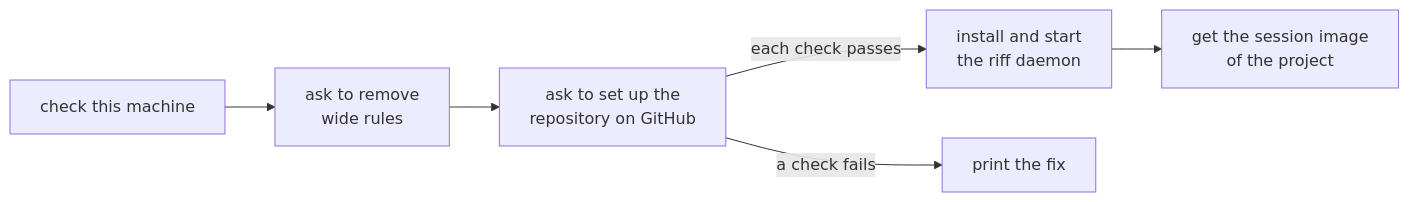
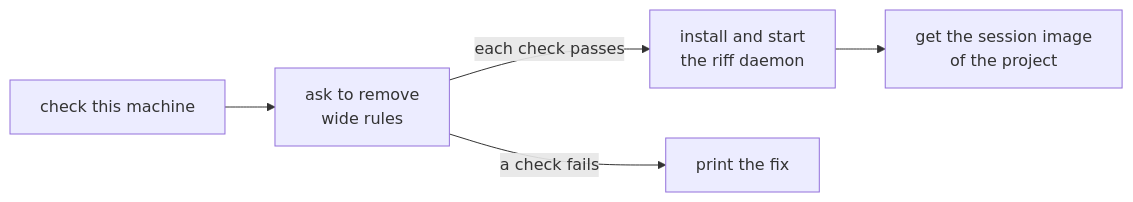
The second of 9 diagrams in docs/src/start-a-riff.md (como-technologies/riff), drawn with Mermaid before and after one commit. The commit also changed other lines of this file and 16 other files, not shown here.

````diff
--- a/docs/src/start-a-riff.md
+++ b/docs/src/start-a-riff.md
@@ -325,8 +344,7 @@
 ```mermaid
 flowchart LR
     C["check this machine"] --> R["ask to remove<br/>wide rules"]
-    R --> S["ask to set up the<br/>repository on GitHub"]
-    S -- "each check passes" --> D["install and start<br/>the riff daemon"]
-    S -- "a check fails" --> F["print the fix"]
+    R -- "each check passes" --> D["install and start<br/>the riff daemon"]
+    R -- "a check fails" --> F["print the fix"]
     D --> I["get the session image<br/>of the project"]
 ```
````
